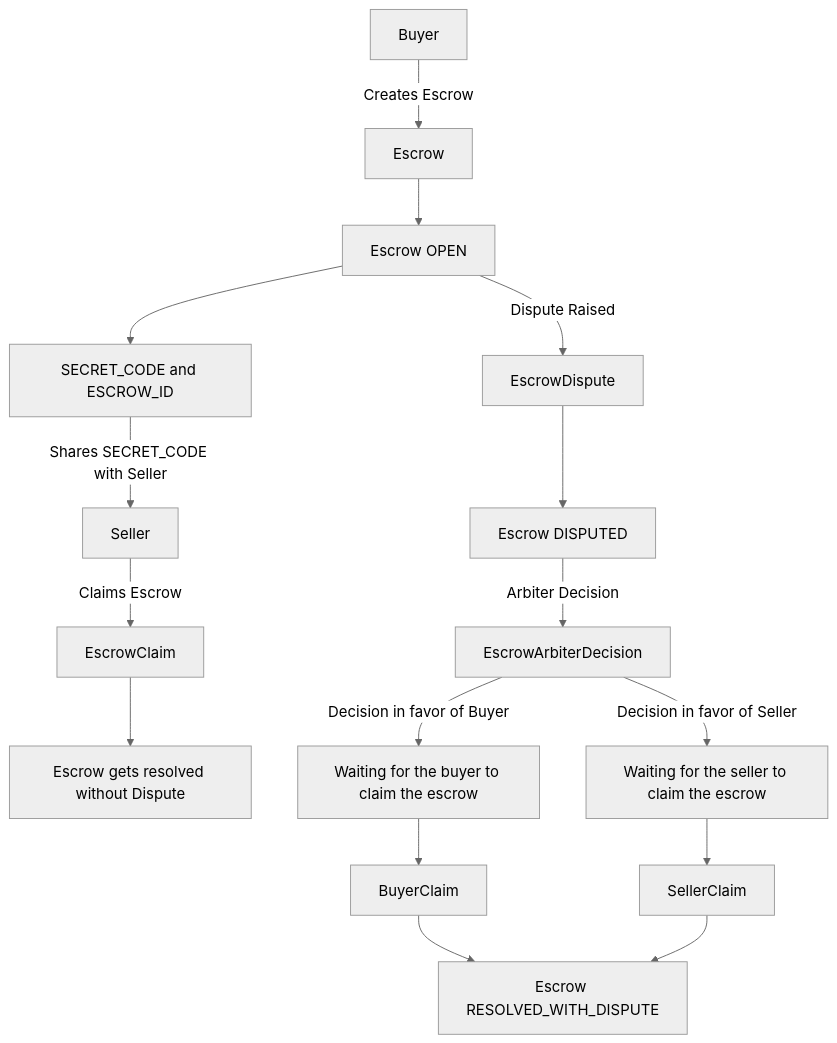
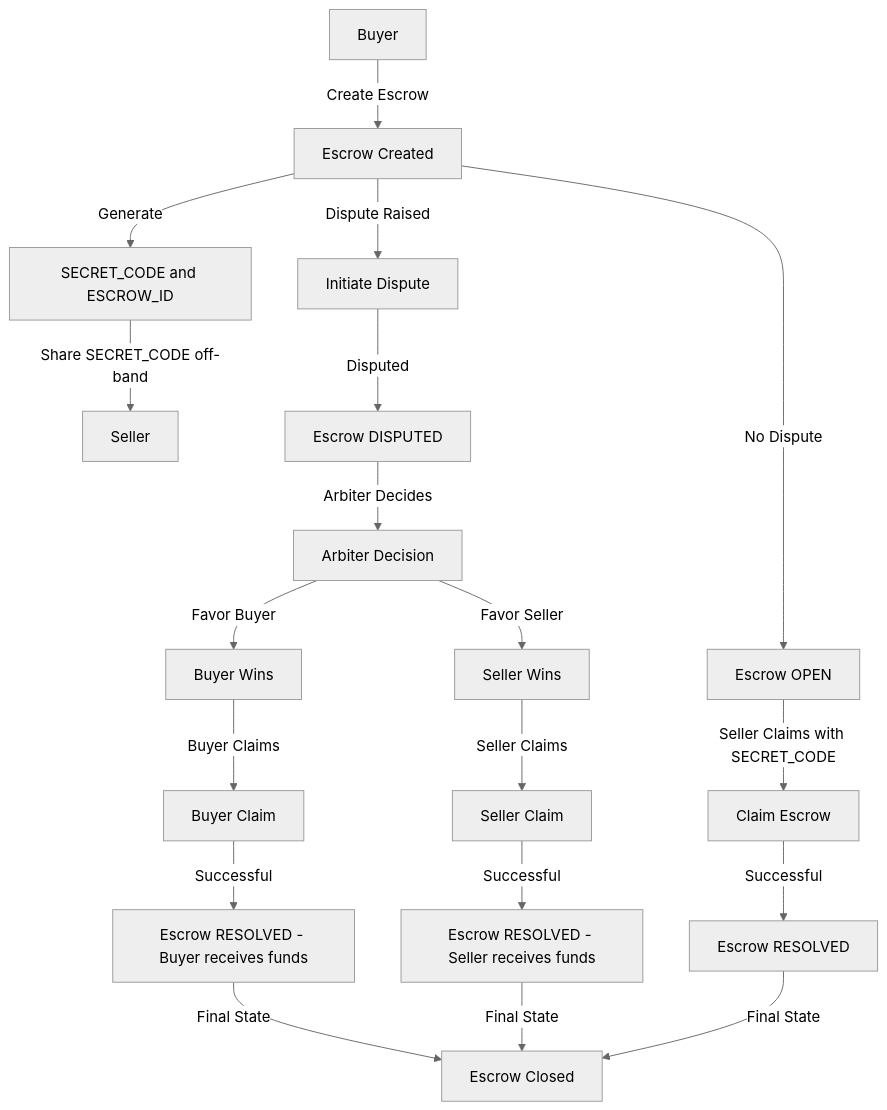
Before and after one commit to harsh-ps-2003/escrow: the diagram in README.md, drawn with Mermaid (neutral theme). The commit also changed other lines of this file and 2 other files, not shown here.

````diff
--- a/README.md
+++ b/README.md
@@ -67,18 +83,21 @@
 ```mermaid
 graph TD
-    A[Buyer] -->|Creates Escrow| B[Escrow]
-    B --> C[Escrow OPEN]
-    C --> D[SECRET_CODE and ESCROW_ID]
-    D -->|Shares SECRET_CODE with Seller| E[Seller]
-    E -->|Claims Escrow| F[EscrowClaim]
-    F --> G[Escrow gets resolved without Dispute]
-    C -->|Dispute Raised| J[EscrowDispute]
-    J --> K[Escrow DISPUTED]
-    K -->|Arbiter Decision| L[EscrowArbiterDecision]
-    L -->|Decision in favor of Buyer| M[Waiting for the buyer to claim the escrow]
-    L -->|Decision in favor of Seller| N[Waiting for the seller to claim the escrow]
-    M --> O[BuyerClaim]
-    N --> P[SellerClaim]
-    O --> Q[Escrow RESOLVED_WITH_DISPUTE]
-    P --> Q
+    A[Buyer] -->|Create Escrow| B[Escrow Created]
+    B -->|Generate| C[SECRET_CODE and ESCROW_ID]
+    C -->|Share SECRET_CODE off-band| D[Seller]
+    B -->|No Dispute| E[Escrow OPEN]
+    E -->|Seller Claims with SECRET_CODE| F[Claim Escrow]
+    F -->|Successful| G[Escrow RESOLVED]
+    B -->|Dispute Raised| H[Initiate Dispute]
+    H -->|Disputed| I[Escrow DISPUTED]
+    I -->|Arbiter Decides| J[Arbiter Decision]
+    J -->|Favor Buyer| K[Buyer Wins]
+    K -->|Buyer Claims| L[Buyer Claim]
+    L -->|Successful| M[Escrow RESOLVED - Buyer receives funds]
+    J -->|Favor Seller| N[Seller Wins]
+    N -->|Seller Claims| O[Seller Claim]
+    O -->|Successful| P[Escrow RESOLVED - Seller receives funds]
+    M -->|Final State| Q[Escrow Closed]
+    P -->|Final State| Q
+    G -->|Final State| Q
 ```
````
